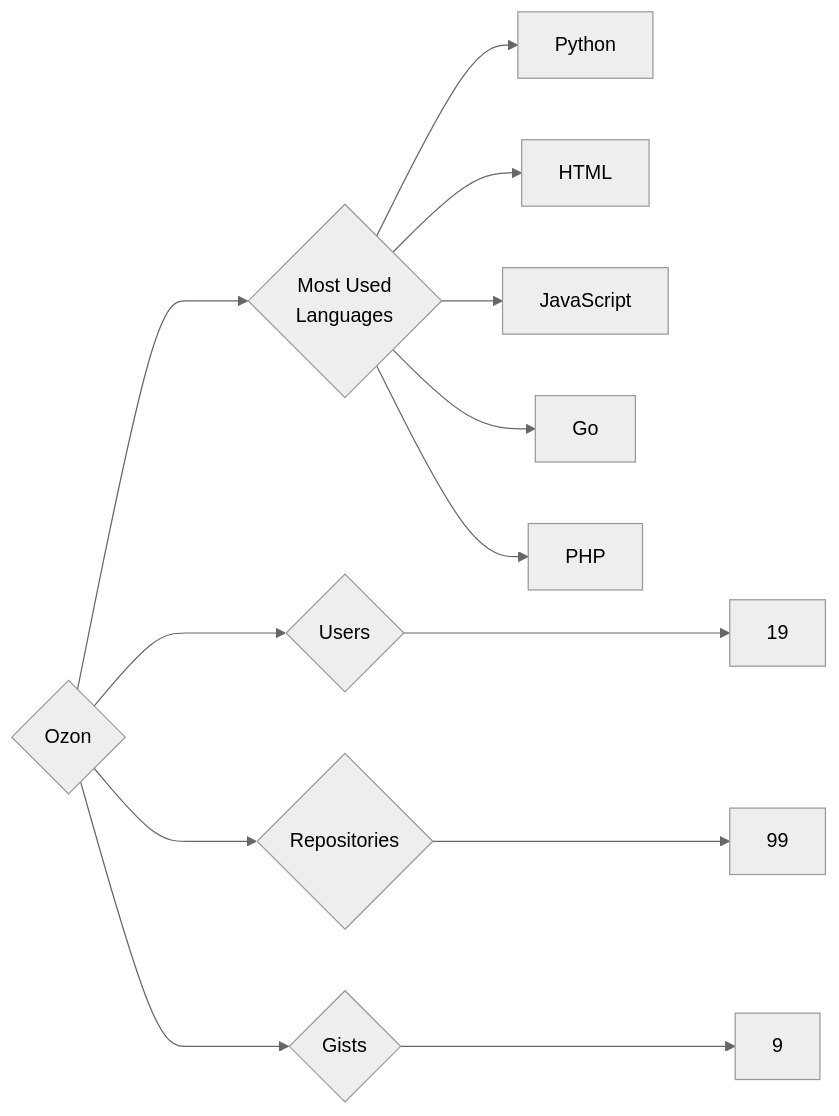
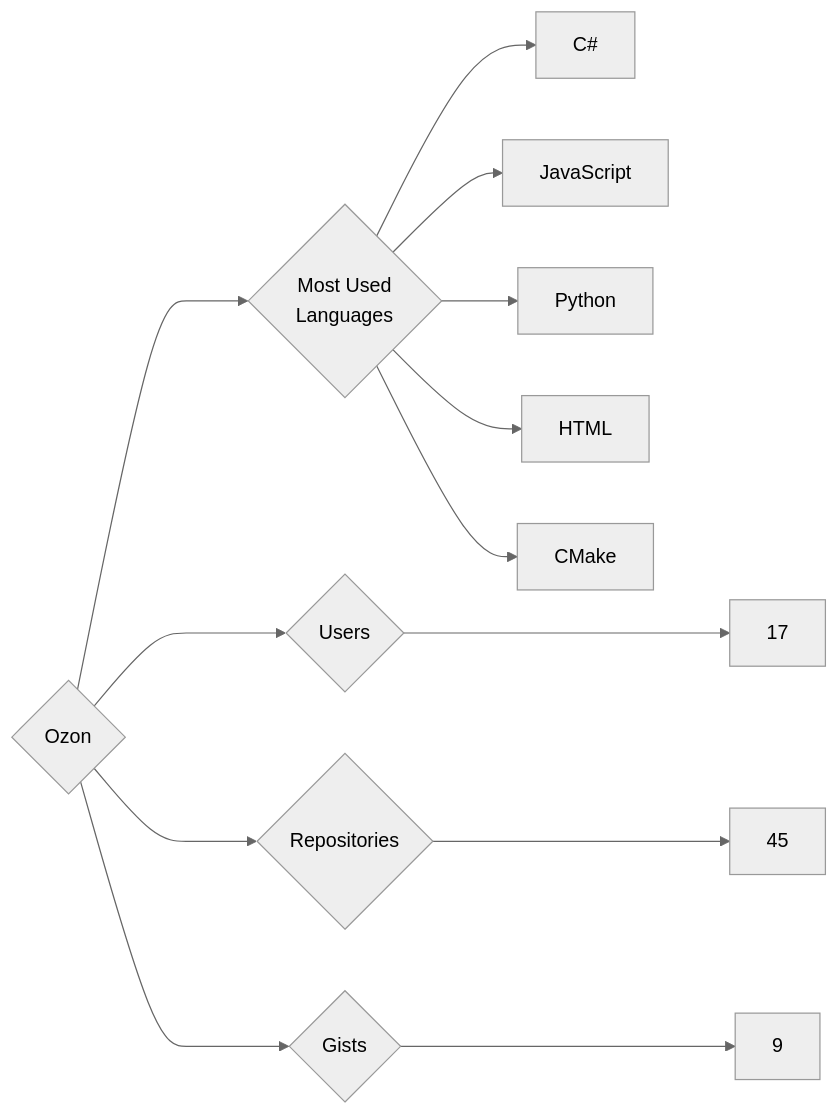
The diagram in targets/Ozon/README.md (trickest/insiders), drawn with Mermaid (neutral theme) before and after one commit. The commit also changed 1011 other files, not shown here.

````diff
--- a/targets/Ozon/README.md
+++ b/targets/Ozon/README.md
@@ -3,13 +3,13 @@
 ```mermaid
 graph LR
 COMPANY_NAME{Ozon}
-COMPANY_NAME ---> U{Users} ---> UN[19]
-COMPANY_NAME ---> R{Repositories} ---> RN[99]
+COMPANY_NAME ---> U{Users} ---> UN[17]
+COMPANY_NAME ---> R{Repositories} ---> RN[45]
 COMPANY_NAME ---> G{Gists} ---> GN[9]
 COMPANY_NAME ---> ML{Most Used<br>Languages}
+ML --> C#[C#]
+ML --> JavaScript[JavaScript]
 ML --> Python[Python]
 ML --> HTML[HTML]
-ML --> JavaScript[JavaScript]
-ML --> Go[Go]
-ML --> PHP[PHP]
+ML --> CMake[CMake]
 ```
````
